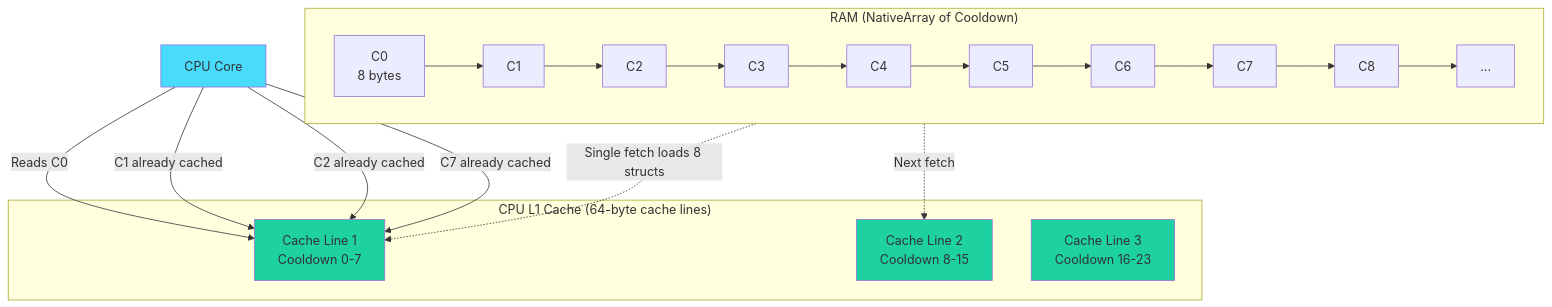
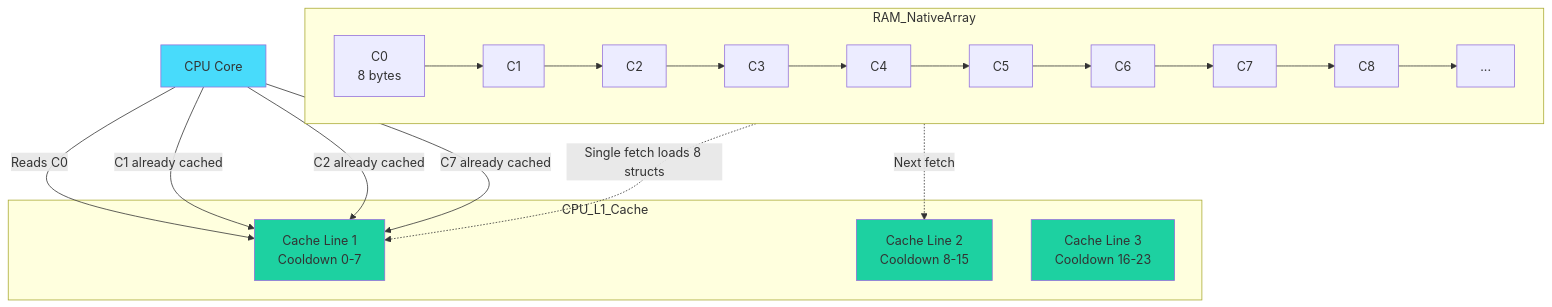
One commit to IAFahim/data-oriented-design-standards changed the ninth of 13 diagrams in 01-the-golden-rule.md. Above: the diagram before and after it, drawn with Mermaid. The commit also changed other lines of this file and 3 other files, not shown here.

````diff
--- a/01-the-golden-rule.md
+++ b/01-the-golden-rule.md
@@ -726,34 +731,34 @@
 ```mermaid
 graph TD
-    subgraph "CPU L1 Cache (64-byte cache lines)"
+    subgraph CPU_L1_Cache
         CL1["Cache Line 1<br/>Cooldown 0-7"]
         CL2["Cache Line 2<br/>Cooldown 8-15"]
         CL3["Cache Line 3<br/>Cooldown 16-23"]
     end
     
-    subgraph "RAM (NativeArray of Cooldown)"
+    subgraph RAM_NativeArray
         direction LR
         C0["C0<br/>8 bytes"] --> C1["C1"]
         C1 --> C2["C2"]
         C2 --> C3["C3"]
         C3 --> C4["C4"]
         C4 --> C5["C5"]
         C5 --> C6["C6"]
         C6 --> C7["C7"]
         C7 --> C8["C8"]
         C8 --> C9["..."]
     end
     
     C0 -.->|Single fetch loads 8 structs| CL1
     C8 -.->|Next fetch| CL2
     
-    CPU["CPU Core"] -->|Reads C0| CL1
-    CPU -->|C1 already cached| CL1
-    CPU -->|C2 already cached| CL1
-    CPU -->|C7 already cached| CL1
+    CPUCORE["CPU Core"] -->|Reads C0| CL1
+    CPUCORE -->|C1 already cached| CL1
+    CPUCORE -->|C2 already cached| CL1
+    CPUCORE -->|C7 already cached| CL1
     
     style CL1 fill:#1dd1a1
     style CL2 fill:#1dd1a1
     style CL3 fill:#1dd1a1
-    style CPU fill:#48dbfb
+    style CPUCORE fill:#48dbfb
 ```
````
